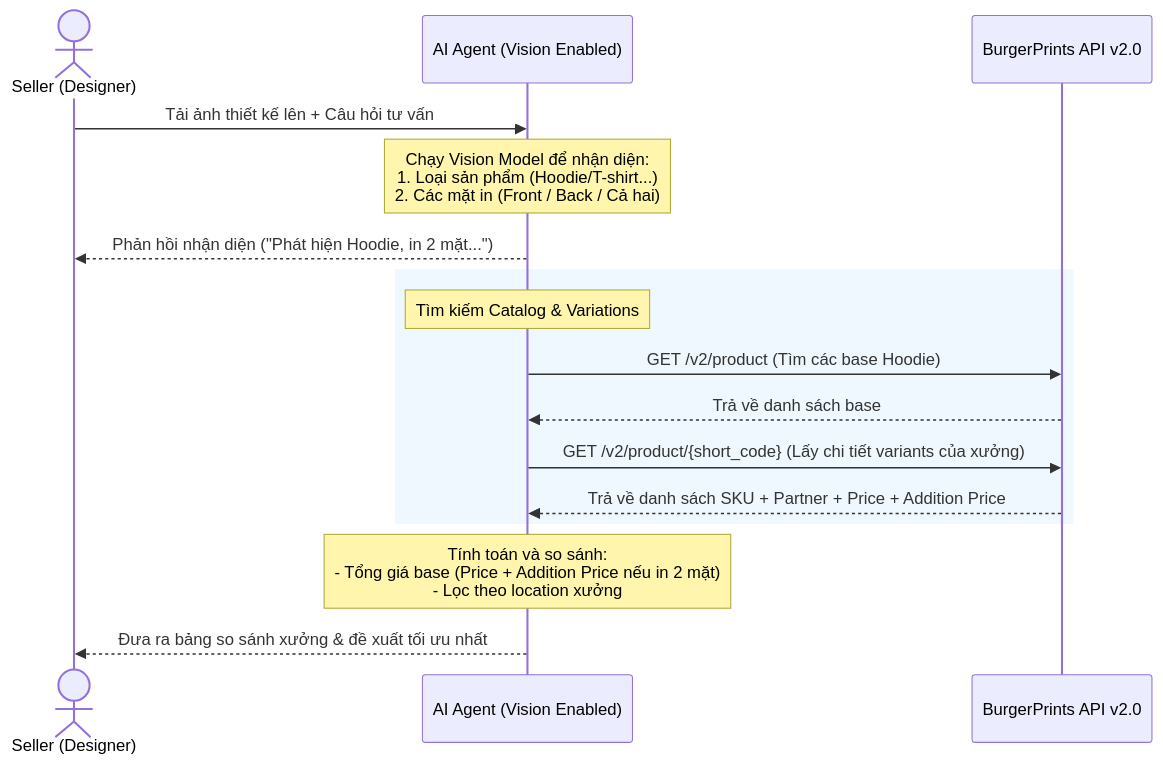
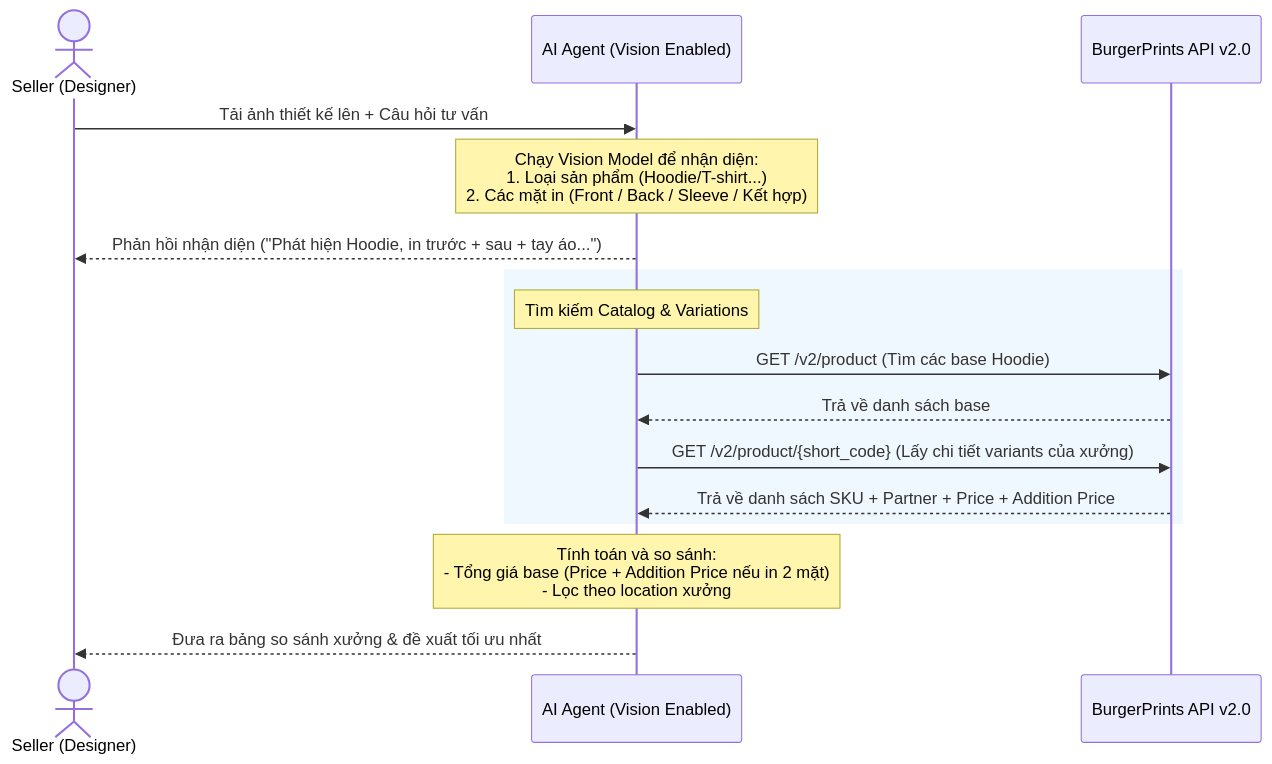
Before and after one commit to phongdaniel-sketch/BurgerPrintAgent: the diagram in docs/Bonus-ImageAnalysisUseCase.md, drawn with Mermaid. The commit also changed other lines of this file, not shown here.

Commit message:
docs: support sleeve printing in image analysis usecase

````diff
--- a/docs/Bonus-ImageAnalysisUseCase.md
+++ b/docs/Bonus-ImageAnalysisUseCase.md
@@ -23,21 +23,21 @@
 ```mermaid
 sequenceDiagram
     actor Seller as Seller (Designer)
     participant Agent as AI Agent (Vision Enabled)
     participant API as BurgerPrints API v2.0
     
     Seller->>Agent: Tải ảnh thiết kế lên + Câu hỏi tư vấn
-    Note over Agent: Chạy Vision Model để nhận diện:<br/>1. Loại sản phẩm (Hoodie/T-shirt...)<br/>2. Các mặt in (Front / Back / Cả hai)
-    Agent-->>Seller: Phản hồi nhận diện ("Phát hiện Hoodie, in 2 mặt...")
+    Note over Agent: Chạy Vision Model để nhận diện:<br/>1. Loại sản phẩm (Hoodie/T-shirt...)<br/>2. Các mặt in (Front / Back / Sleeve / Kết hợp)
+    Agent-->>Seller: Phản hồi nhận diện ("Phát hiện Hoodie, in trước + sau + tay áo...")
     
     rect rgb(240, 248, 255)
         Note over Agent: Tìm kiếm Catalog & Variations
         Agent->>API: GET /v2/product (Tìm các base Hoodie)
         API-->>Agent: Trả về danh sách base
         Agent->>API: GET /v2/product/{short_code} (Lấy chi tiết variants của xưởng)
         API-->>Agent: Trả về danh sách SKU + Partner + Price + Addition Price
     end
     
     Note over Agent: Tính toán và so sánh:<br/>- Tổng giá base (Price + Addition Price nếu in 2 mặt)<br/>- Lọc theo location xưởng
     Agent-->>Seller: Đưa ra bảng so sánh xưởng & đề xuất tối ưu nhất
 ```
````
